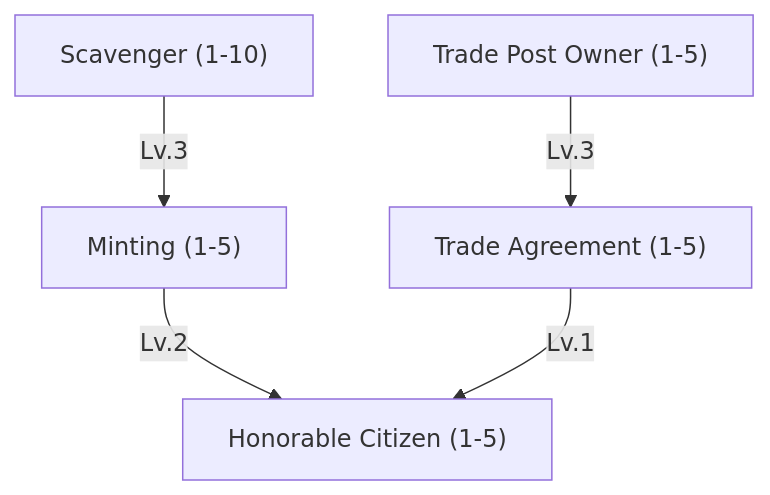
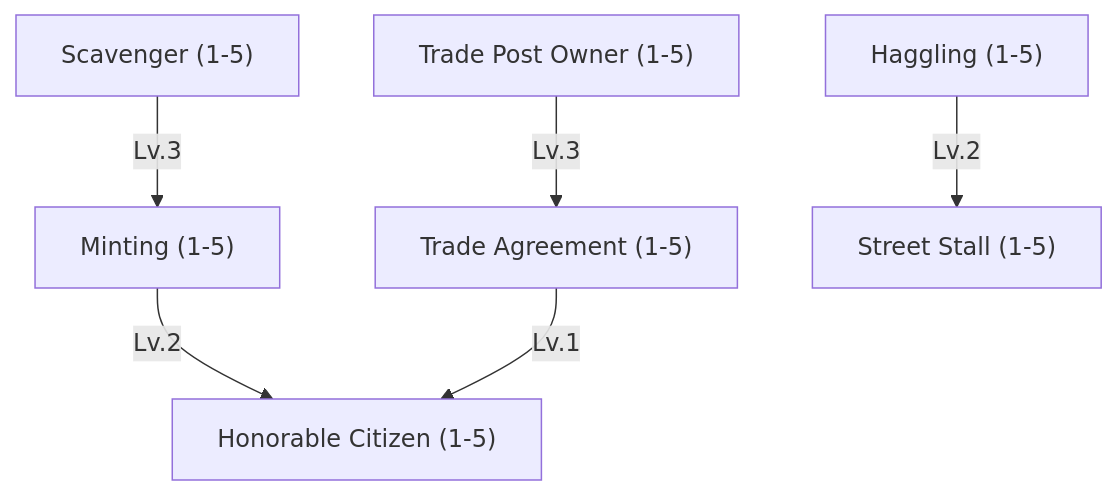
Diagram 12 of 20 in content/docs/mechanics/master.md (tfelix/bestia-docs), drawn with Mermaid before and after one commit. The commit also changed other lines of this file, not shown here.

First line of the commit message:
Give the Trader Haggling, Street Stall and two routes

````diff
--- a/content/docs/mechanics/master.md
+++ b/content/docs/mechanics/master.md
@@ -1531,14 +1533,17 @@
 ```mermaid
 graph TD
-    Scavenger["Scavenger (1-10)"]
+    Scavenger["Scavenger (1-5)"]
     TradePostOwner["Trade Post Owner (1-5)"]
     Minting["Minting (1-5)"]
     TradeAgreement["Trade Agreement (1-5)"]
     HonorableCitizen["Honorable Citizen (1-5)"]
+    Haggling["Haggling (1-5)"]
+    StreetStall["Street Stall (1-5)"]
 
     Scavenger -->|Lv.3| Minting
     TradePostOwner -->|Lv.3| TradeAgreement
+    Haggling -->|Lv.2| StreetStall
 
     Minting -->|Lv.2| HonorableCitizen
     TradeAgreement -->|Lv.1| HonorableCitizen
 ```
````
